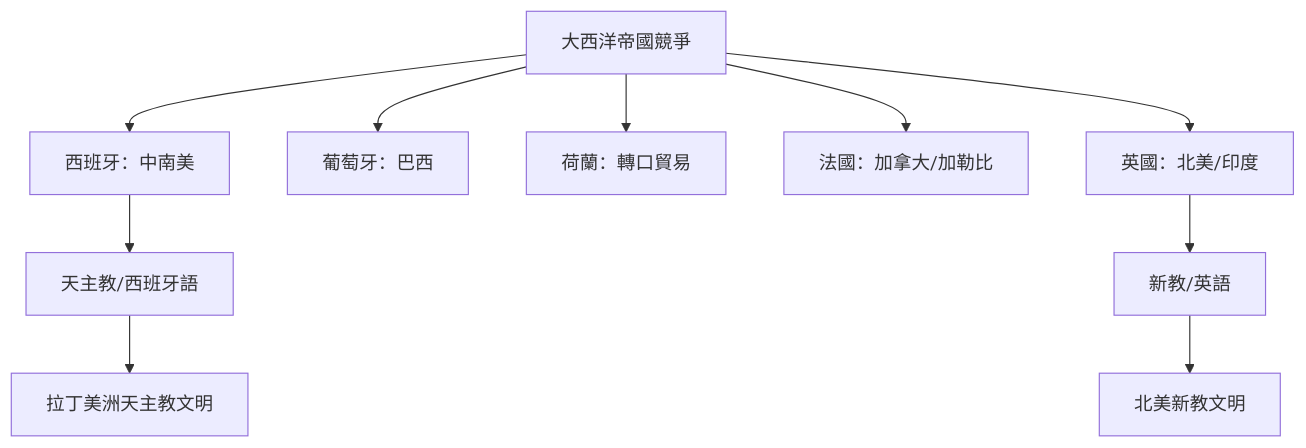
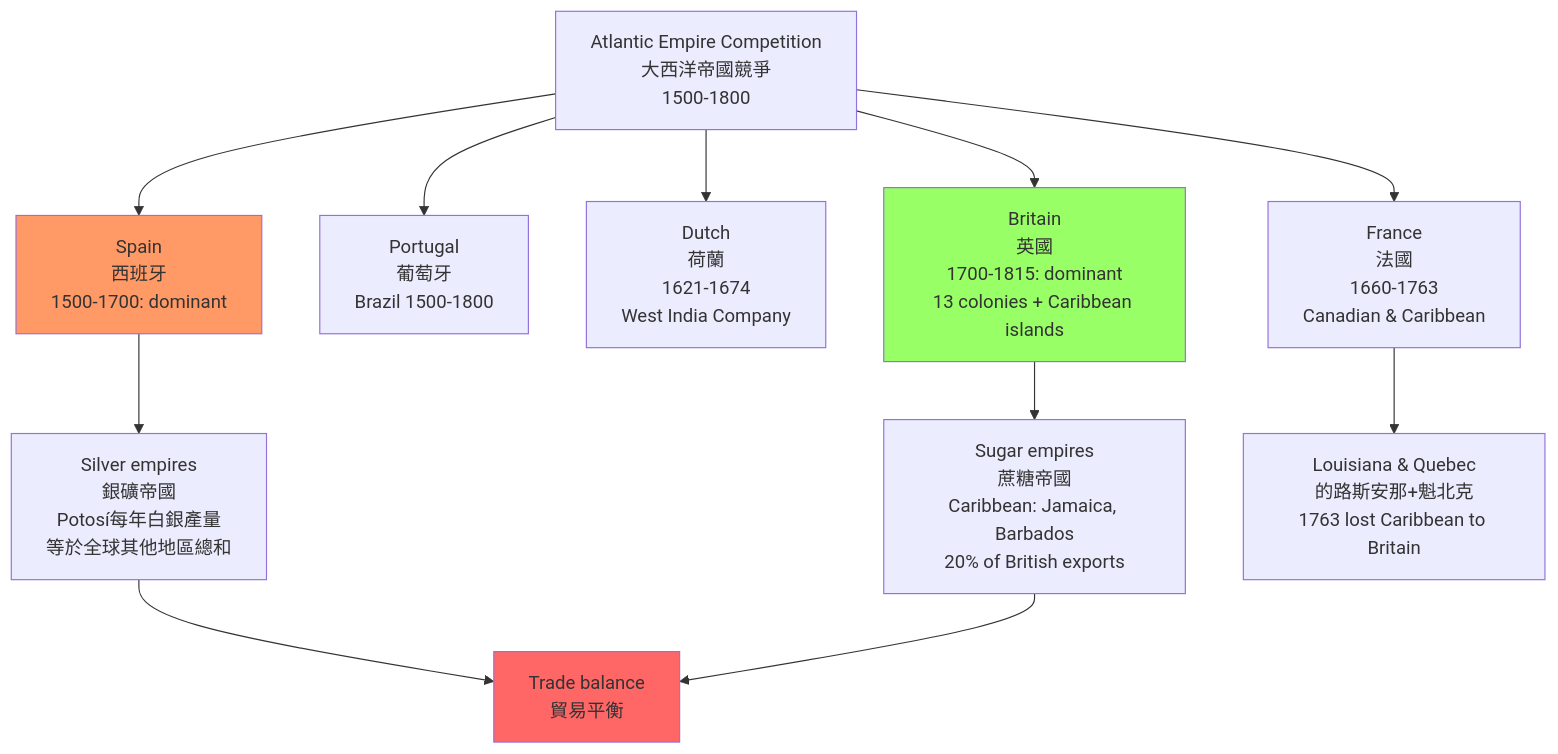
The third of 10 diagrams in 01_HKU_Courses/HIST2230_Early_modern_Atlantic_Worlds.md (yip-lgtm/HKU-Harvard-History-Self-Study), drawn with Mermaid before and after one commit. The commit also changed other lines of this file and 8 other files, not shown here.

````diff
--- a/01_HKU_Courses/HIST2230_Early_modern_Atlantic_Worlds.md
+++ b/01_HKU_Courses/HIST2230_Early_modern_Atlantic_Worlds.md
@@ -245,12 +210,18 @@
 ```mermaid
-flowchart TD
-    A[大西洋帝國競爭] --> B[西班牙：中南美]
-    A --> C[葡萄牙：巴西]
-    A --> D[荷蘭：轉口貿易]
-    A --> E[法國：加拿大/加勒比]
-    A --> F[英國：北美/印度]
-    B --> G[天主教/西班牙語]
-    F --> H[新教/英語]
-    G --> I[拉丁美洲天主教文明]
-    H --> J[北美新教文明]
+graph TD
+    A[Atlantic Empire Competition<br/>大西洋帝國競爭<br/>1500-1800] --> B[Spain<br/>西班牙<br/>1500-1700: dominant]
+    A --> C[Portugal<br/>葡萄牙<br/>Brazil 1500-1800]
+    A --> D[Dutch<br/>荷蘭<br/>1621-1674<br/>West India Company]
+    A --> E[France<br/>法國<br/>1660-1763<br/>Canadian & Caribbean]
+    A --> F[Britain<br/>英國<br/>1700-1815: dominant<br/>13 colonies + Caribbean islands]
+    
+    B --> G[Silver empires<br/>銀礦帝國<br/>Potosí每年白銀產量<br/>等於全球其他地區總和]
+    F --> H[Sugar empires<br/>蔗糖帝國<br/>Caribbean: Jamaica, Barbados<br/>20% of British exports]
+    E --> I[Louisiana & Quebec<br/>的路斯安那+魁北克<br/>1763 lost Caribbean to Britain]
+    
+    G --> J[Trade balance<br/>貿易平衡]
+    H --> J
+    style B fill:#f96
+    style F fill:#9f6
+    style J fill:#f66
 ```
````
